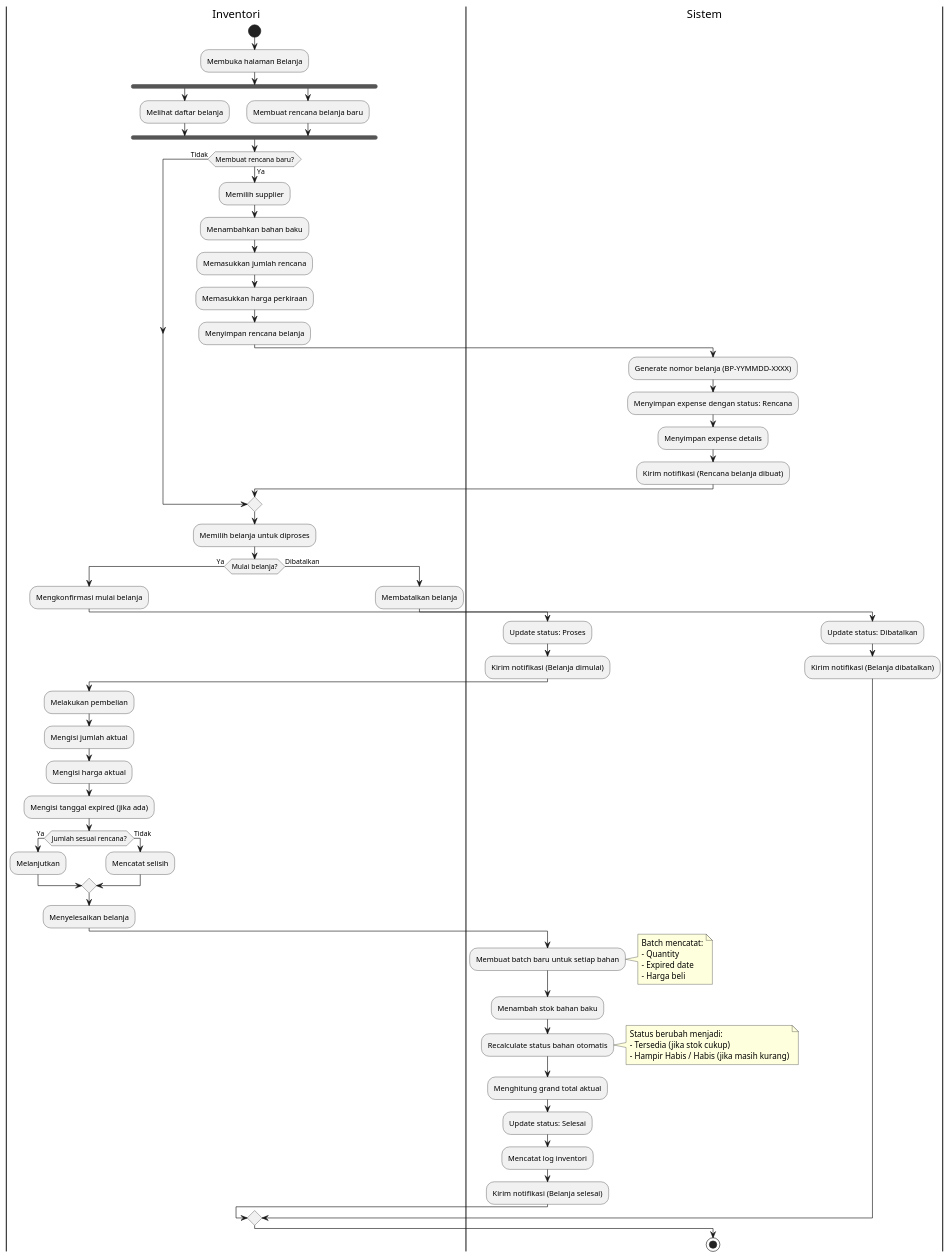
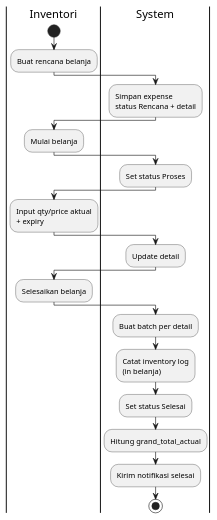
One commit to pawon3d/pawon3d changed the diagram in docs/diagrams/puml/02_activity_belanja.puml. Above: the diagram before and after it, drawn with PlantUML. The commit also changed 155 other files, not shown here.

```diff
--- a/docs/diagrams/puml/02_activity_belanja.puml
+++ b/docs/diagrams/puml/02_activity_belanja.puml
@@ -1,84 +1,34 @@
-@startuml Activity Diagram - Proses Belanja Bahan Baku
+@startuml Activity - Belanja Bahan Baku
 
 |Inventori|
 start
-:Membuka halaman Belanja;
+:Buat rencana belanja;
 
-fork
-    :Melihat daftar belanja;
-fork again
-    :Membuat rencana belanja baru;
-end fork
-
-if (Membuat rencana baru?) then (Ya)
-    :Memilih supplier;
-    :Menambahkan bahan baku;
-    :Memasukkan jumlah rencana;
-    :Memasukkan harga perkiraan;
-    :Menyimpan rencana belanja;
-    
-    |Sistem|
-    :Generate nomor belanja (BP-YYMMDD-XXXX);
-    :Menyimpan expense dengan status: Rencana;
-    :Menyimpan expense details;
-    :Kirim notifikasi (Rencana belanja dibuat);
-    
-else (Tidak)
-endif
+|System|
+:Simpan expense\nstatus Rencana + detail;
 
 |Inventori|
-:Memilih belanja untuk diproses;
+:Mulai belanja;
 
-if (Mulai belanja?) then (Ya)
-    :Mengkonfirmasi mulai belanja;
-    
-    |Sistem|
-    :Update status: Proses;
-    :Kirim notifikasi (Belanja dimulai);
-    
-    |Inventori|
-    :Melakukan pembelian;
-    :Mengisi jumlah aktual;
-    :Mengisi harga aktual;
-    :Mengisi tanggal expired (jika ada);
-    
-    if (Jumlah sesuai rencana?) then (Ya)
-        :Melanjutkan;
-    else (Tidak)
-        :Mencatat selisih;
-    endif
-    
-    :Menyelesaikan belanja;
-    
-    |Sistem|
-    :Membuat batch baru untuk setiap bahan;
-    note right
-      Batch mencatat:
-      - Quantity
-      - Expired date
-      - Harga beli
-    end note
-    :Menambah stok bahan baku;
-    :Recalculate status bahan otomatis;
-    note right
-      Status berubah menjadi:
-      - Tersedia (jika stok cukup)
-      - Hampir Habis / Habis (jika masih kurang)
-    end note
-    :Menghitung grand total aktual;
-    :Update status: Selesai;
-    :Mencatat log inventori;
-    :Kirim notifikasi (Belanja selesai);
-    
-else (Dibatalkan)
-    |Inventori|
-    :Membatalkan belanja;
-    
-    |Sistem|
-    :Update status: Dibatalkan;
-    :Kirim notifikasi (Belanja dibatalkan);
-endif
+|System|
+:Set status Proses;
+
+|Inventori|
+:Input qty/price aktual\n+ expiry;
+
+|System|
+:Update detail;
+
+|Inventori|
+:Selesaikan belanja;
+
+|System|
+:Buat batch per detail;
+:Catat inventory log\n(in belanja);
+:Set status Selesai;
+:Hitung grand_total_actual;
+:Kirim notifikasi selesai;
 
 stop
 
 @enduml
```
